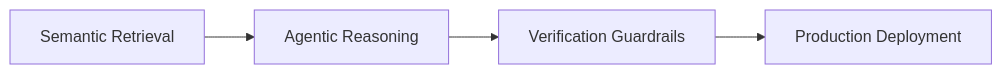
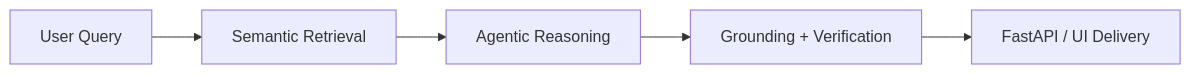
Before and after one commit to PUBGSuprovo/README.md: the diagram in README.md, drawn with Mermaid. The commit also changed other lines of this file, not shown here.

````diff
--- a/README.md
+++ b/README.md
@@ -127,6 +154,7 @@
 ```mermaid
 flowchart LR
-    A[Semantic Retrieval] --> B[Agentic Reasoning]
-    B --> C[Verification Guardrails]
-    C --> D[Production Deployment]
+    A[User Query] --> B[Semantic Retrieval]
+    B --> C[Agentic Reasoning]
+    C --> D[Grounding + Verification]
+    D --> E[FastAPI / UI Delivery]
 ```
````
